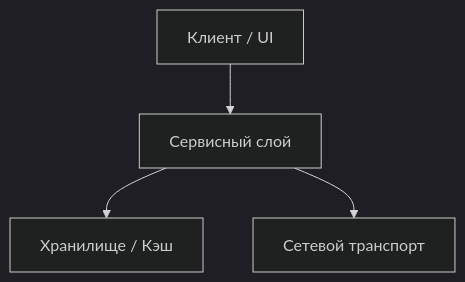
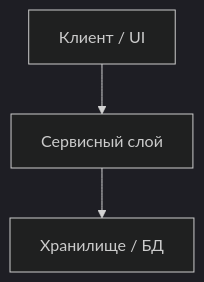
The diagram in docs/00_Templates/TEMPLATE_ARCHITECTURE.md (koudinie101-png/agent-docs-harness), drawn with Mermaid (dark theme) before and after one commit. The commit also changed other lines of this file and 16 other files, not shown here.

````diff
--- a/docs/00_Templates/TEMPLATE_ARCHITECTURE.md
+++ b/docs/00_Templates/TEMPLATE_ARCHITECTURE.md
@@ -25,6 +23,5 @@
 ```mermaid
 flowchart TD
     Client["Клиент / UI"] --> Service["Сервисный слой"]
-    Service --> Storage["Хранилище / Кэш"]
-    Service --> Network["Сетевой транспорт"]
+    Service --> Storage["Хранилище / БД"]
 ```
````
